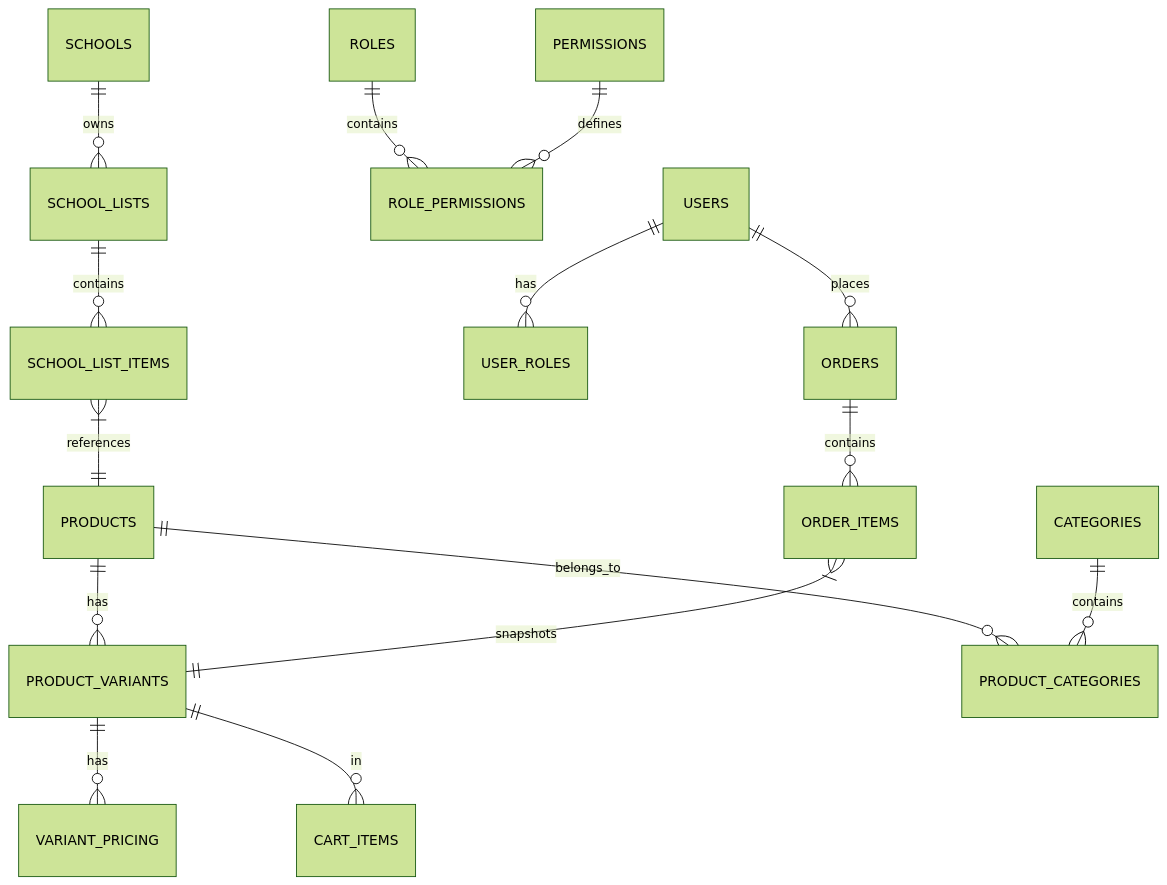
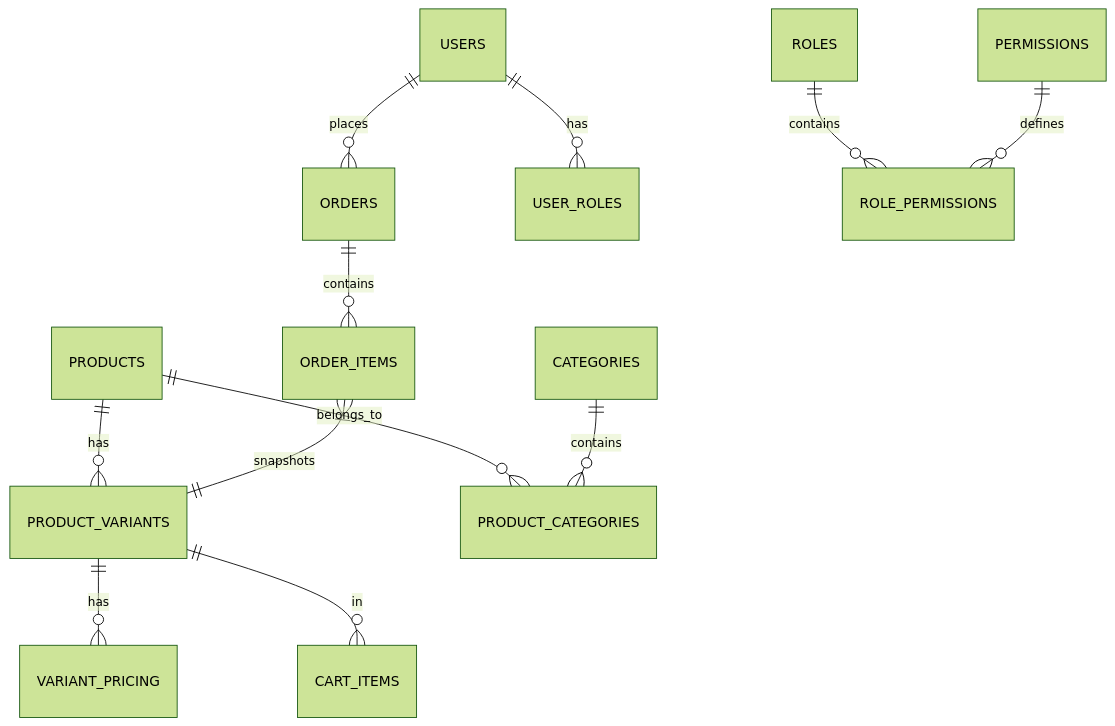
The diagram in db/docs/SCHEMA.md (3mrhussein/findeg), drawn with Mermaid (forest theme) before and after one commit. The commit also changed 9 other files, not shown here.

````diff
--- a/db/docs/SCHEMA.md
+++ b/db/docs/SCHEMA.md
@@ -9,21 +9,18 @@
 ```mermaid
 erDiagram
     USERS ||--o{ ORDERS : places
     USERS ||--o{ USER_ROLES : has
     ROLES ||--o{ ROLE_PERMISSIONS : contains
     PERMISSIONS ||--o{ ROLE_PERMISSIONS : defines
 
     PRODUCTS ||--o{ PRODUCT_VARIANTS : has
     PRODUCTS ||--o{ PRODUCT_CATEGORIES : belongs_to
     CATEGORIES ||--o{ PRODUCT_CATEGORIES : contains
 
     PRODUCT_VARIANTS ||--o{ VARIANT_PRICING : has
     PRODUCT_VARIANTS ||--o{ CART_ITEMS : in
 
     ORDERS ||--o{ ORDER_ITEMS : contains
     ORDER_ITEMS }|--|| PRODUCT_VARIANTS : snapshots
 
-    SCHOOLS ||--o{ SCHOOL_LISTS : owns
-    SCHOOL_LISTS ||--o{ SCHOOL_LIST_ITEMS : contains
-    SCHOOL_LIST_ITEMS }|--|| PRODUCTS : references
 ```
````
